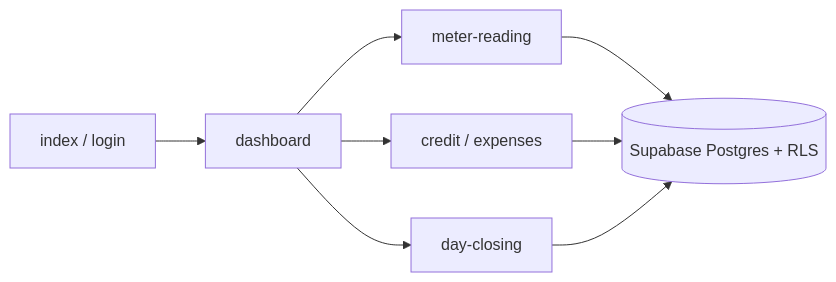
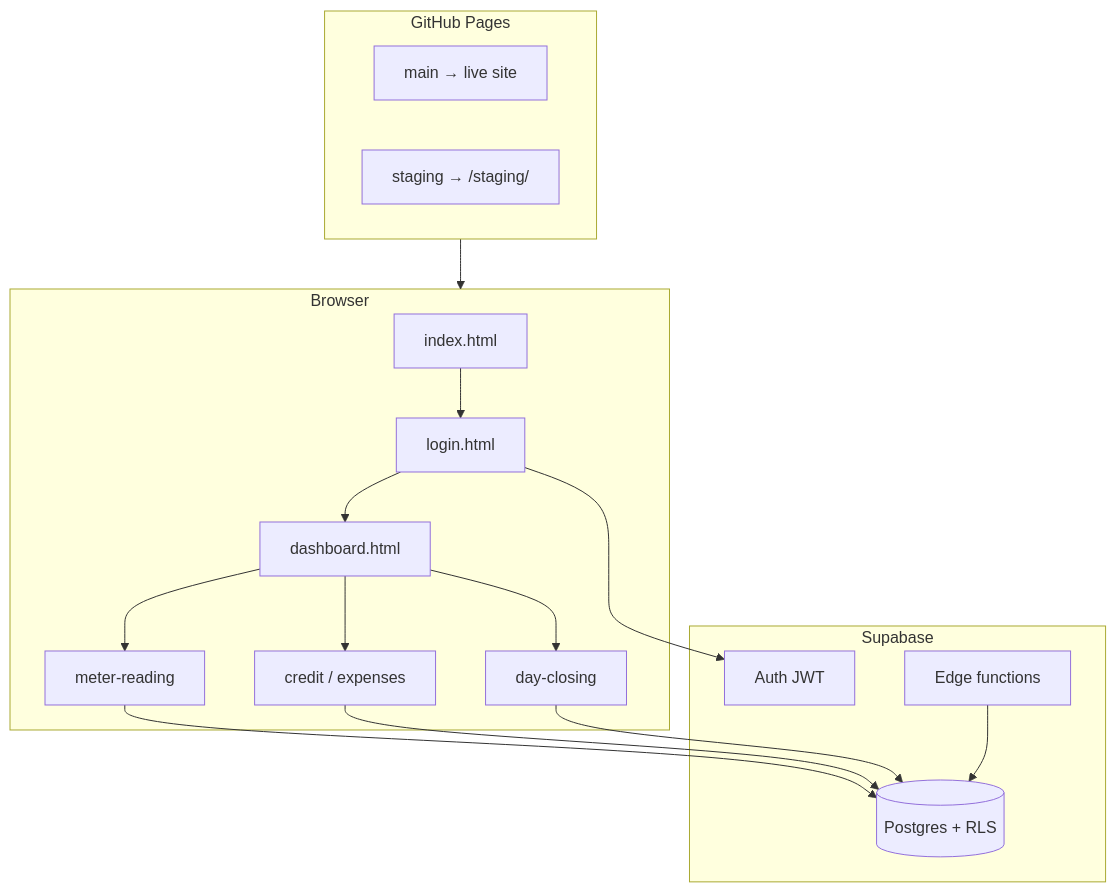
Before and after one commit to fnsventures/petrolpump: the diagram in README.md, drawn with Mermaid. The commit also changed other lines of this file and 7 other files, not shown here.

````diff
--- a/README.md
+++ b/README.md
@@ -36,10 +149,29 @@
 ```mermaid
-flowchart LR
-  A[index / login] --> B[dashboard]
-  B --> C[meter-reading]
-  B --> D[credit / expenses]
-  B --> E[day-closing]
-  C --> F[(Supabase Postgres + RLS)]
-  D --> F
-  E --> F
+flowchart TB
+  subgraph Client["Browser"]
+    I[index.html]
+    L[login.html]
+    D[dashboard.html]
+    M[meter-reading]
+    C[credit / expenses]
+    DC[day-closing]
+  end
+
+  subgraph Host["GitHub Pages"]
+    PROD["main → live site"]
+    STG["staging → /staging/"]
+  end
+
+  subgraph Backend["Supabase"]
+    AUTH[Auth JWT]
+    DB[(Postgres + RLS)]
+    EDGE[Edge functions]
+  end
+
+  I --> L --> D
+  D --> M & C & DC
+  Host --> Client
+  L --> AUTH
+  M & C & DC --> DB
+  EDGE --> DB
 ```
````
